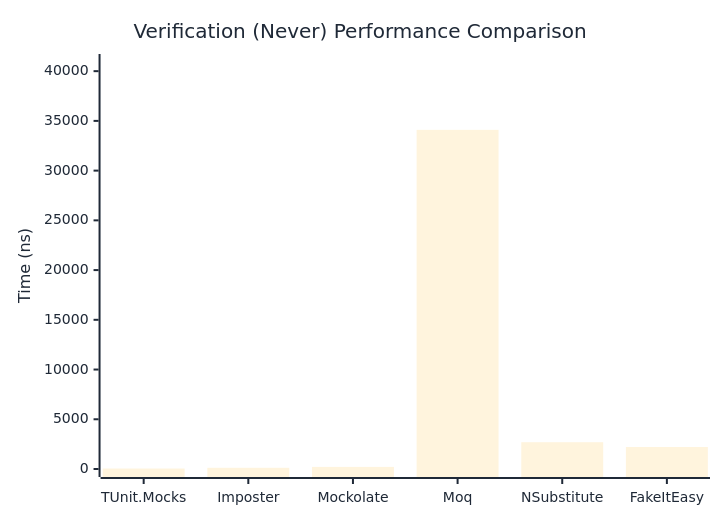
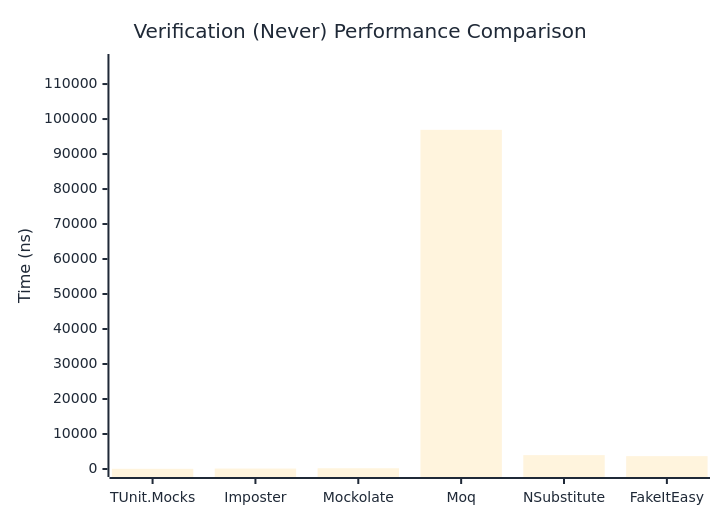
The second of 3 diagrams in docs/docs/benchmarks/mocks/Verification.md (thomhurst/TUnit), drawn with Mermaid before and after one commit. The commit also changed other lines of this file and 14 other files, not shown here.

````diff
--- a/docs/docs/benchmarks/mocks/Verification.md
+++ b/docs/docs/benchmarks/mocks/Verification.md
@@ -71,27 +71,27 @@
 ```mermaid
 %%{init: {
   'theme':'base',
   'themeVariables': {
     'primaryColor': '#2563eb',
     'primaryTextColor': '#1f2937',
     'primaryBorderColor': '#1e40af',
     'lineColor': '#6b7280',
     'secondaryColor': '#7c3aed',
     'tertiaryColor': '#dc2626',
     'background': '#ffffff',
     'pie1': '#2563eb',
     'pie2': '#7c3aed',
     'pie3': '#dc2626',
     'pie4': '#f59e0b',
     'pie5': '#10b981',
     'pie6': '#06b6d4',
     'pie7': '#ec4899',
     'pie8': '#6366f1'
   }
 }}%%
 xychart-beta
   title "Verification (Never) Performance Comparison"
   x-axis ["TUnit.Mocks", "Imposter", "Mockolate", "Moq", "NSubstitute", "FakeItEasy"]
-  y-axis "Time (ns)" 0 --> 40921
-  bar [46.49, 120.55, 211.69, 34100.3, 2691.96, 2214.39]
+  y-axis "Time (ns)" 0 --> 116300
+  bar [49.33, 122.68, 212.6, 96915.99, 3963.07, 3672.91]
 ```
````
